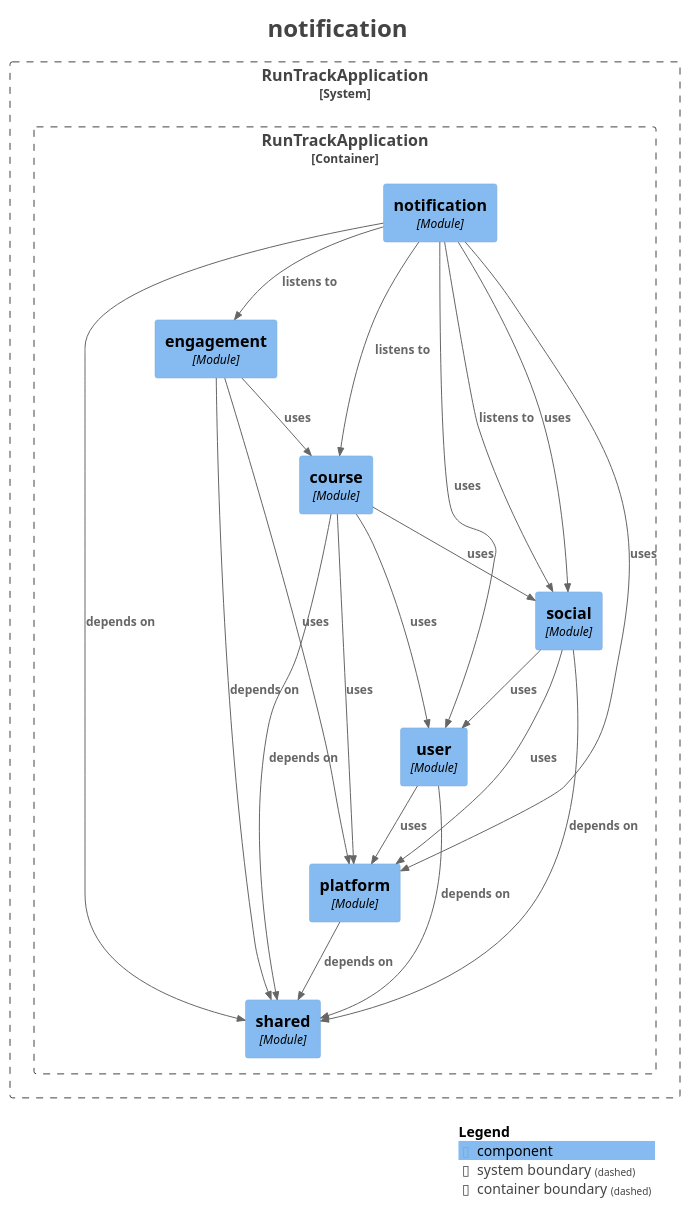
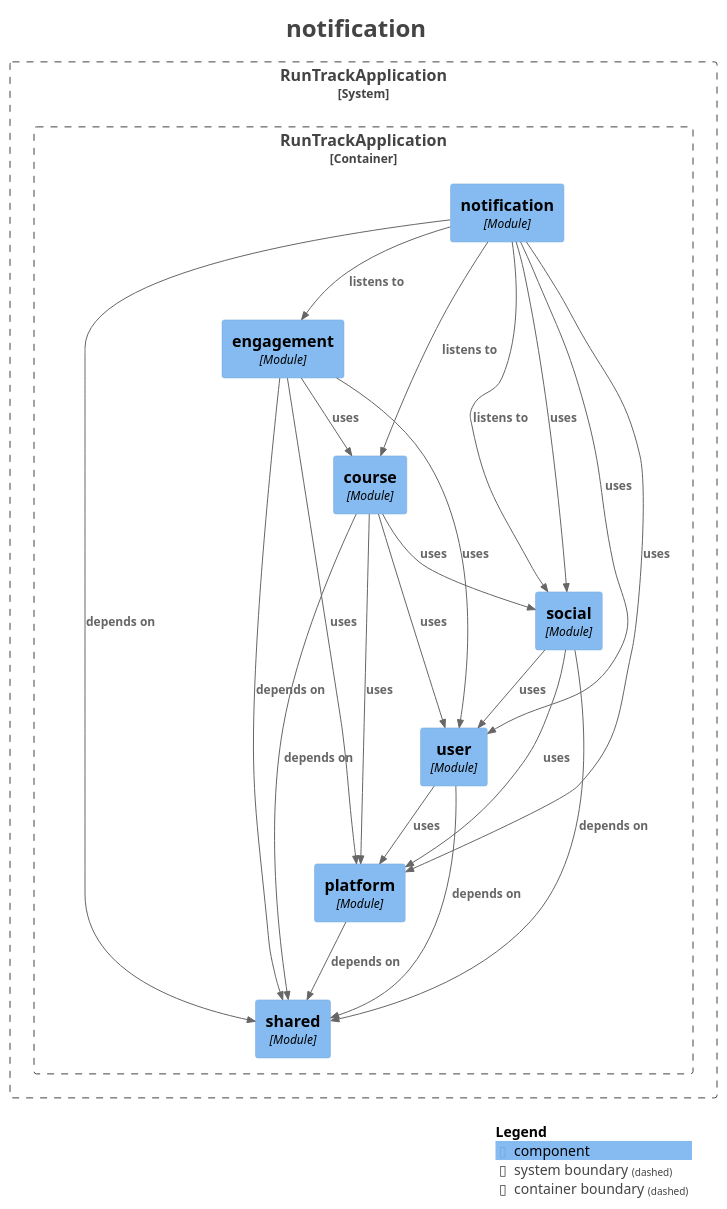
The diagram in docs/modules/module-notification.puml (ThoRibeiro/runtrack), drawn with PlantUML before and after one commit. The commit also changed 9 other files, not shown here.

Commit message:
docs: refresh the generated module diagrams

```diff
--- a/docs/modules/module-notification.puml
+++ b/docs/modules/module-notification.puml
@@ -1,54 +1,55 @@
 @startuml
 title <size:24>notification</size>
 
 set separator none
 top to bottom direction
 
 <style>
   root {
     BackgroundColor: #ffffff
     FontColor: #444444
   }
 </style>
 
 !include <C4/C4>
 !include <C4/C4_Context>
 !include <C4/C4_Component>
 
 System_Boundary("RunTrackApplication_boundary", "RunTrackApplication", $tags="") {
   Container_Boundary("RunTrackApplication.RunTrackApplication_boundary", "RunTrackApplication", $tags="") {
     Component(RunTrackApplication.RunTrackApplication.engagement, "engagement", $techn="Module", $descr="", $tags="", $link="")
     Component(RunTrackApplication.RunTrackApplication.notification, "notification", $techn="Module", $descr="", $tags="", $link="")
     Component(RunTrackApplication.RunTrackApplication.shared, "shared", $techn="Module", $descr="", $tags="", $link="")
     Component(RunTrackApplication.RunTrackApplication.platform, "platform", $techn="Module", $descr="", $tags="", $link="")
     Component(RunTrackApplication.RunTrackApplication.user, "user", $techn="Module", $descr="", $tags="", $link="")
     Component(RunTrackApplication.RunTrackApplication.social, "social", $techn="Module", $descr="", $tags="", $link="")
     Component(RunTrackApplication.RunTrackApplication.course, "course", $techn="Module", $descr="", $tags="", $link="")
   }
 
 }
 
-Rel(RunTrackApplication.RunTrackApplication.social, RunTrackApplication.RunTrackApplication.shared, "depends on", $techn="", $tags="", $link="")
-Rel(RunTrackApplication.RunTrackApplication.social, RunTrackApplication.RunTrackApplication.platform, "uses", $techn="", $tags="", $link="")
-Rel(RunTrackApplication.RunTrackApplication.social, RunTrackApplication.RunTrackApplication.user, "uses", $techn="", $tags="", $link="")
+Rel(RunTrackApplication.RunTrackApplication.notification, RunTrackApplication.RunTrackApplication.engagement, "listens to", $techn="", $tags="", $link="")
+Rel(RunTrackApplication.RunTrackApplication.notification, RunTrackApplication.RunTrackApplication.social, "listens to", $techn="", $tags="", $link="")
+Rel(RunTrackApplication.RunTrackApplication.notification, RunTrackApplication.RunTrackApplication.course, "listens to", $techn="", $tags="", $link="")
+Rel(RunTrackApplication.RunTrackApplication.notification, RunTrackApplication.RunTrackApplication.shared, "depends on", $techn="", $tags="", $link="")
+Rel(RunTrackApplication.RunTrackApplication.notification, RunTrackApplication.RunTrackApplication.platform, "uses", $techn="", $tags="", $link="")
+Rel(RunTrackApplication.RunTrackApplication.notification, RunTrackApplication.RunTrackApplication.social, "uses", $techn="", $tags="", $link="")
+Rel(RunTrackApplication.RunTrackApplication.notification, RunTrackApplication.RunTrackApplication.user, "uses", $techn="", $tags="", $link="")
 Rel(RunTrackApplication.RunTrackApplication.course, RunTrackApplication.RunTrackApplication.shared, "depends on", $techn="", $tags="", $link="")
 Rel(RunTrackApplication.RunTrackApplication.course, RunTrackApplication.RunTrackApplication.user, "uses", $techn="", $tags="", $link="")
 Rel(RunTrackApplication.RunTrackApplication.course, RunTrackApplication.RunTrackApplication.social, "uses", $techn="", $tags="", $link="")
 Rel(RunTrackApplication.RunTrackApplication.course, RunTrackApplication.RunTrackApplication.platform, "uses", $techn="", $tags="", $link="")
+Rel(RunTrackApplication.RunTrackApplication.user, RunTrackApplication.RunTrackApplication.shared, "depends on", $techn="", $tags="", $link="")
+Rel(RunTrackApplication.RunTrackApplication.user, RunTrackApplication.RunTrackApplication.platform, "uses", $techn="", $tags="", $link="")
 Rel(RunTrackApplication.RunTrackApplication.engagement, RunTrackApplication.RunTrackApplication.shared, "depends on", $techn="", $tags="", $link="")
 Rel(RunTrackApplication.RunTrackApplication.engagement, RunTrackApplication.RunTrackApplication.platform, "uses", $techn="", $tags="", $link="")
+Rel(RunTrackApplication.RunTrackApplication.engagement, RunTrackApplication.RunTrackApplication.user, "uses", $techn="", $tags="", $link="")
 Rel(RunTrackApplication.RunTrackApplication.engagement, RunTrackApplication.RunTrackApplication.course, "uses", $techn="", $tags="", $link="")
-Rel(RunTrackApplication.RunTrackApplication.user, RunTrackApplication.RunTrackApplication.shared, "depends on", $techn="", $tags="", $link="")
-Rel(RunTrackApplication.RunTrackApplication.user, RunTrackApplication.RunTrackApplication.platform, "uses", $techn="", $tags="", $link="")
 Rel(RunTrackApplication.RunTrackApplication.platform, RunTrackApplication.RunTrackApplication.shared, "depends on", $techn="", $tags="", $link="")
-Rel(RunTrackApplication.RunTrackApplication.notification, RunTrackApplication.RunTrackApplication.social, "listens to", $techn="", $tags="", $link="")
-Rel(RunTrackApplication.RunTrackApplication.notification, RunTrackApplication.RunTrackApplication.course, "listens to", $techn="", $tags="", $link="")
-Rel(RunTrackApplication.RunTrackApplication.notification, RunTrackApplication.RunTrackApplication.engagement, "listens to", $techn="", $tags="", $link="")
-Rel(RunTrackApplication.RunTrackApplication.notification, RunTrackApplication.RunTrackApplication.shared, "depends on", $techn="", $tags="", $link="")
-Rel(RunTrackApplication.RunTrackApplication.notification, RunTrackApplication.RunTrackApplication.platform, "uses", $techn="", $tags="", $link="")
-Rel(RunTrackApplication.RunTrackApplication.notification, RunTrackApplication.RunTrackApplication.social, "uses", $techn="", $tags="", $link="")
-Rel(RunTrackApplication.RunTrackApplication.notification, RunTrackApplication.RunTrackApplication.user, "uses", $techn="", $tags="", $link="")
+Rel(RunTrackApplication.RunTrackApplication.social, RunTrackApplication.RunTrackApplication.shared, "depends on", $techn="", $tags="", $link="")
+Rel(RunTrackApplication.RunTrackApplication.social, RunTrackApplication.RunTrackApplication.platform, "uses", $techn="", $tags="", $link="")
+Rel(RunTrackApplication.RunTrackApplication.social, RunTrackApplication.RunTrackApplication.user, "uses", $techn="", $tags="", $link="")
 
 SHOW_LEGEND(true)
 hide stereotypes
 @enduml
```
